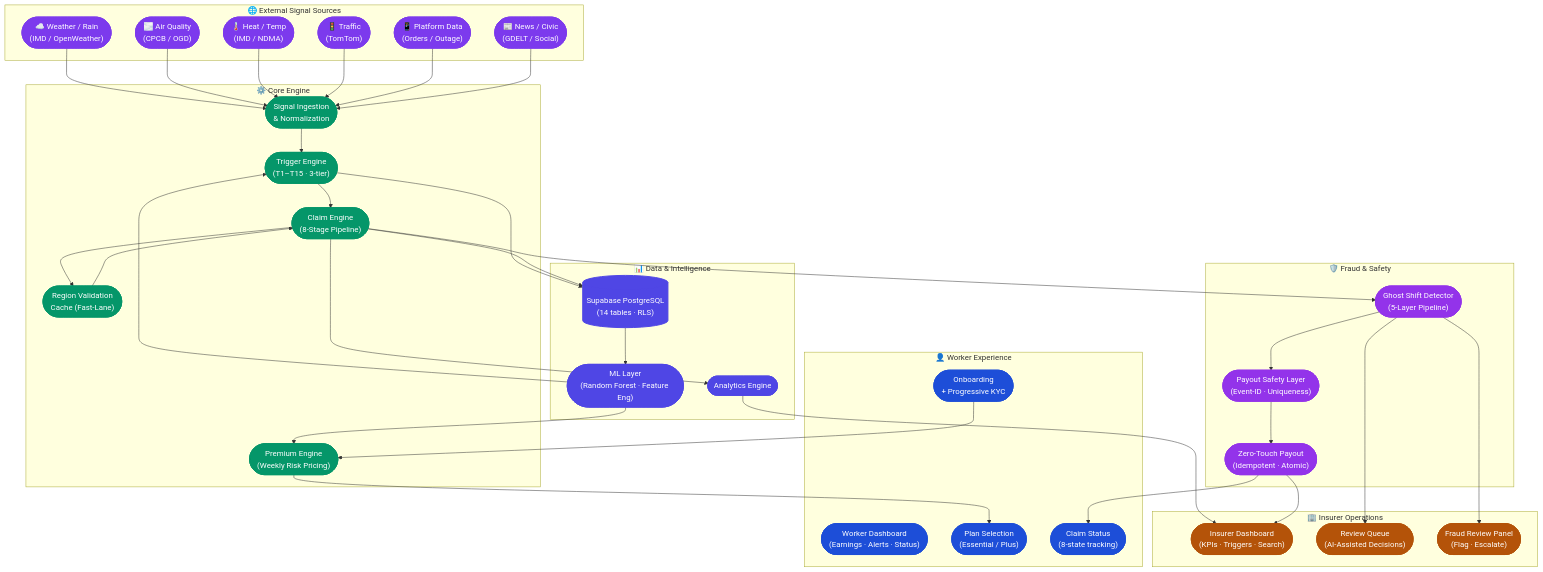
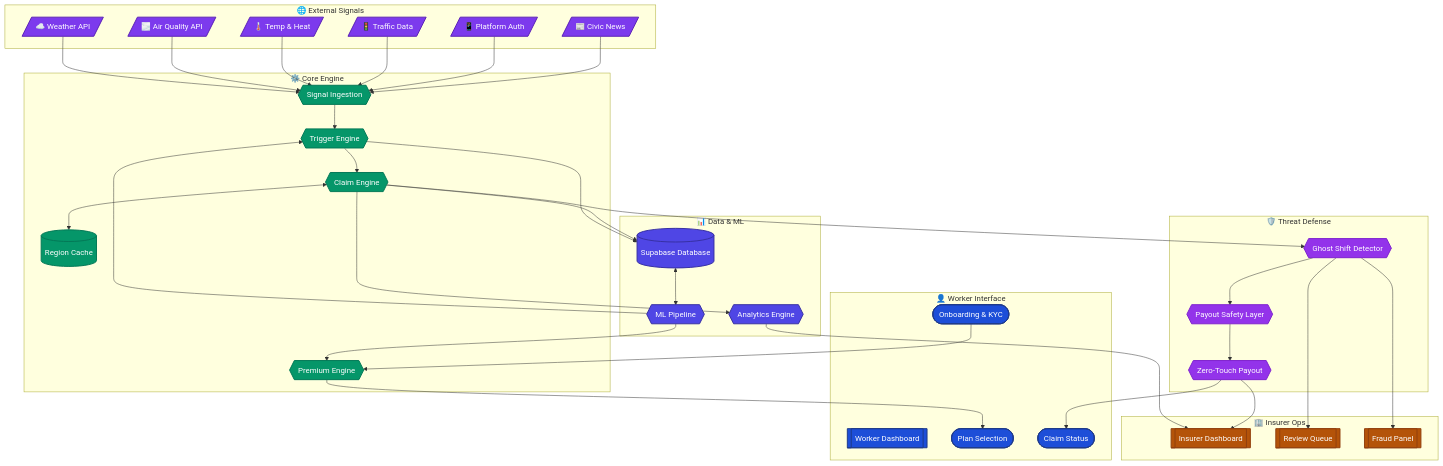
Before and after one commit to Chorko/Celestius_Covara_One_P1: the first of 4 diagrams in README.md, drawn with Mermaid. The commit also changed other lines of this file, not shown here.

Commit message:
fix: refine mermaid architecture diagrams with semantic shapes and compact layout

````diff
--- a/README.md
+++ b/README.md
@@ -170,60 +170,69 @@
 ```mermaid
-graph TB
-    subgraph SIG ["🌐 External Signal Sources"]
-        WX(["☁️ Weather / Rain<br/>(IMD / OpenWeather)"])
-        AQ(["🌫️ Air Quality<br/>(CPCB / OGD)"])
-        HT(["🌡️ Heat / Temp<br/>(IMD / NDMA)"])
-        TR(["🚦 Traffic<br/>(TomTom)"])
-        PL(["📱 Platform Data<br/>(Orders / Outage)"])
-        NW(["📰 News / Civic<br/>(GDELT / Social)"])
+flowchart TD
+    classDef input fill:#7C3AED,color:#fff,stroke:#5B21B6,stroke-width:2px;
+    classDef ui fill:#1D4ED8,color:#fff,stroke:#1E3A8A,stroke-width:2px;
+    classDef engine fill:#059669,color:#fff,stroke:#047857,stroke-width:2px;
+    classDef defense fill:#9333EA,color:#fff,stroke:#7E22CE,stroke-width:2px;
+    classDef data fill:#4F46E5,color:#fff,stroke:#3730A3,stroke-width:2px;
+    classDef admin fill:#B45309,color:#fff,stroke:#92400E,stroke-width:2px;
+
+    subgraph SIG ["🌐 External Signals"]
+        WX[/☁️ Weather API/]:::input
+        AQ[/🌫️ Air Quality API/]:::input
+        HT[/🌡️ Temp & Heat/]:::input
+        TR[/🚦 Traffic Data/]:::input
+        PL[/📱 Platform Auth/]:::input
+        NW[/📰 Civic News/]:::input
     end
 
-    subgraph WRK ["👤 Worker Experience"]
-        WO(["Onboarding<br/>+ Progressive KYC"])
-        WD(["Worker Dashboard<br/>(Earnings · Alerts · Status)"])
-        WP(["Plan Selection<br/>(Essential / Plus)"])
-        WC(["Claim Status<br/>(8-state tracking)"])
+    subgraph WRK ["👤 Worker Interface"]
+        WO([Onboarding & KYC]):::ui
+        WD[[Worker Dashboard]]:::ui
+        WP([Plan Selection]):::ui
+        WC([Claim Status]):::ui
     end
 
     subgraph ENG ["⚙️ Core Engine"]
-        SI(["Signal Ingestion<br/>& Normalization"])
-        TE(["Trigger Engine<br/>(T1–T15 · 3-tier)"])
-        CE(["Claim Engine<br/>(8-Stage Pipeline)"])
-        RC(["Region Validation<br/>Cache (Fast-Lane)"])
-        PE(["Premium Engine<br/>(Weekly Risk Pricing)"])
+        SI{{Signal Ingestion}}:::engine
+        TE{{Trigger Engine}}:::engine
+        CE{{Claim Engine}}:::engine
+        RC[(Region Cache)]:::engine
+        PE{{Premium Engine}}:::engine
     end
 
-    subgraph FRD ["🛡️ Fraud & Safety"]
-        FE(["Ghost Shift Detector<br/>(5-Layer Pipeline)"])
-        PS(["Payout Safety Layer<br/>(Event-ID · Uniqueness)"])
-        PO(["Zero-Touch Payout<br/>(Idempotent · Atomic)"])
+    subgraph FRD ["🛡️ Threat Defense"]
+        FE{{Ghost Shift Detector}}:::defense
+        PS{{Payout Safety Layer}}:::defense
+        PO{{Zero-Touch Payout}}:::defense
     end
 
-    subgraph DAT ["📊 Data & Intelligence"]
-        DL[("Supabase PostgreSQL<br/>(14 tables · RLS)")]
-        ML(["ML Layer<br/>(Random Forest · Feature Eng)"])
-        AN(["Analytics Engine"])
+    subgraph DAT ["📊 Data & ML"]
+        DL[(Supabase Database)]:::data
+        ML{{ML Pipeline}}:::data
+        AN{{Analytics Engine}}:::data
     end
 
-    subgraph INS ["🏢 Insurer Operations"]
-        ID(["Insurer Dashboard<br/>(KPIs · Triggers · Search)"])
-        RQ(["Review Queue<br/>(AI-Assisted Decisions)"])
-        FR(["Fraud Review Panel<br/>(Flag · Escalate)"])
+    subgraph INS ["🏢 Insurer Ops"]
+        ID[[Insurer Dashboard]]:::admin
+        RQ[[Review Queue]]:::admin
+        FR[[Fraud Panel]]:::admin
     end
 
     WX & AQ & HT & TR & PL & NW --> SI
     SI --> TE
     TE --> CE
     CE --> FE
-    CE --> RC
-    RC --> CE
+    CE <--> RC
     FE --> PS
     PS --> PO
+    
     WO --> PE
     PE --> WP
-    DL --> ML
+    
+    DL <--> ML
     ML --> PE
     ML --> TE
+    
     CE --> AN
     AN --> ID
     PO --> WC
@@ -232,29 +241,4 @@
     FE --> RQ
     TE --> DL
     CE --> DL
-
-    style WX fill:#7C3AED,color:#fff,stroke:#7C3AED,stroke-width:2px
-    style AQ fill:#7C3AED,color:#fff,stroke:#7C3AED,stroke-width:2px
-    style HT fill:#7C3AED,color:#fff,stroke:#7C3AED,stroke-width:2px
-    style TR fill:#7C3AED,color:#fff,stroke:#7C3AED,stroke-width:2px
-    style PL fill:#7C3AED,color:#fff,stroke:#7C3AED,stroke-width:2px
-    style NW fill:#7C3AED,color:#fff,stroke:#7C3AED,stroke-width:2px
-    style WO fill:#1D4ED8,color:#fff,stroke:#1D4ED8,stroke-width:2px
-    style WD fill:#1D4ED8,color:#fff,stroke:#1D4ED8,stroke-width:2px
-    style WP fill:#1D4ED8,color:#fff,stroke:#1D4ED8,stroke-width:2px
-    style WC fill:#1D4ED8,color:#fff,stroke:#1D4ED8,stroke-width:2px
-    style SI fill:#059669,color:#fff,stroke:#059669,stroke-width:2px
-    style TE fill:#059669,color:#fff,stroke:#059669,stroke-width:2px
-    style CE fill:#059669,color:#fff,stroke:#059669,stroke-width:2px
-    style RC fill:#059669,color:#fff,stroke:#059669,stroke-width:2px
-    style PE fill:#059669,color:#fff,stroke:#059669,stroke-width:2px
-    style FE fill:#9333EA,color:#fff,stroke:#9333EA,stroke-width:2px
-    style PS fill:#9333EA,color:#fff,stroke:#9333EA,stroke-width:2px
-    style PO fill:#9333EA,color:#fff,stroke:#9333EA,stroke-width:2px
-    style DL fill:#4F46E5,color:#fff,stroke:#4F46E5,stroke-width:2px
-    style ML fill:#4F46E5,color:#fff,stroke:#4F46E5,stroke-width:2px
-    style AN fill:#4F46E5,color:#fff,stroke:#4F46E5,stroke-width:2px
-    style ID fill:#B45309,color:#fff,stroke:#B45309,stroke-width:2px
-    style RQ fill:#B45309,color:#fff,stroke:#B45309,stroke-width:2px
-    style FR fill:#B45309,color:#fff,stroke:#B45309,stroke-width:2px
 ```
````
